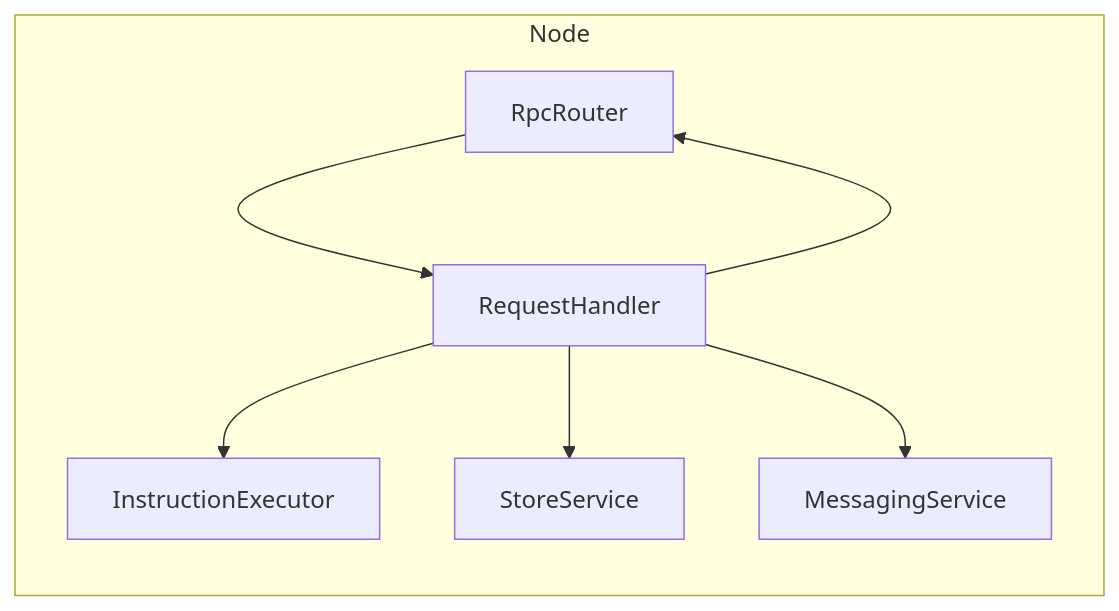
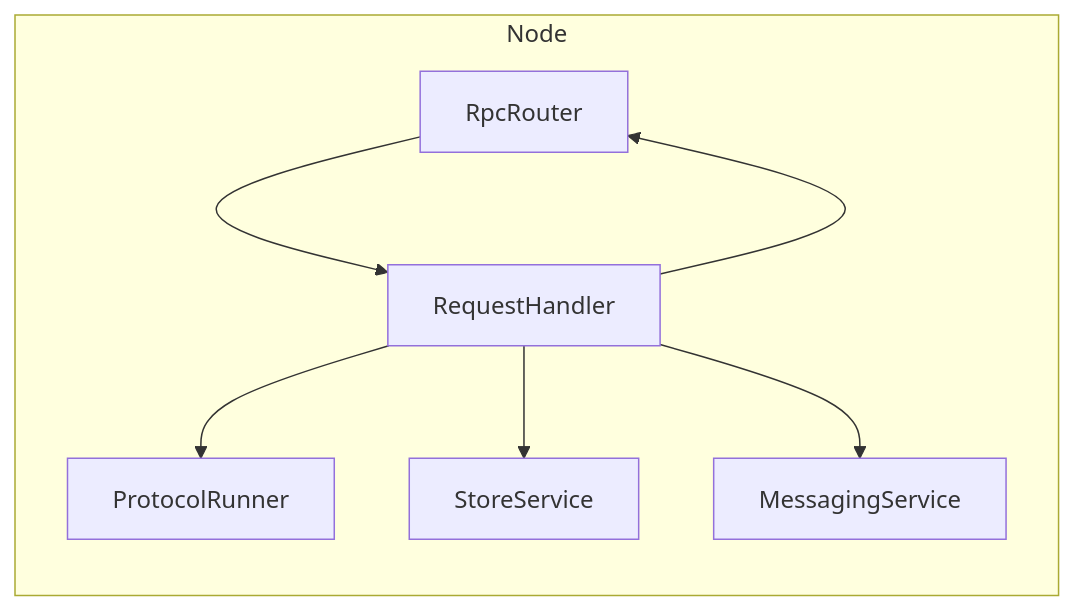
The diagram in modules/cf-core/docs/source/diagrams/node-ownership.mmd (connext/indra), drawn with Mermaid before and after one commit. The commit also changed 69 other files, not shown here.

```diff
--- a/modules/cf-core/docs/source/diagrams/node-ownership.mmd
+++ b/modules/cf-core/docs/source/diagrams/node-ownership.mmd
@@ -1,10 +1,10 @@
 graph LR
   subgraph Node
-    InstructionExecutor
+    ProtocolRunner
     MessagingService
     RpcRouter --> RequestHandler
     RequestHandler --> RpcRouter
     RequestHandler --> StoreService
     RequestHandler --> MessagingService
-    RequestHandler --> InstructionExecutor
+    RequestHandler --> ProtocolRunner
 end
```
